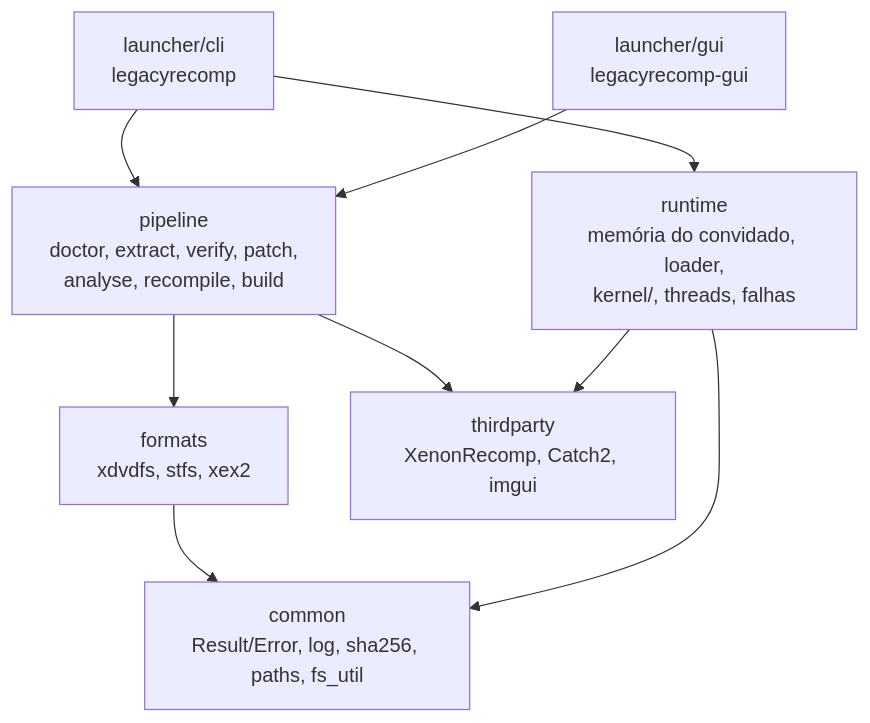
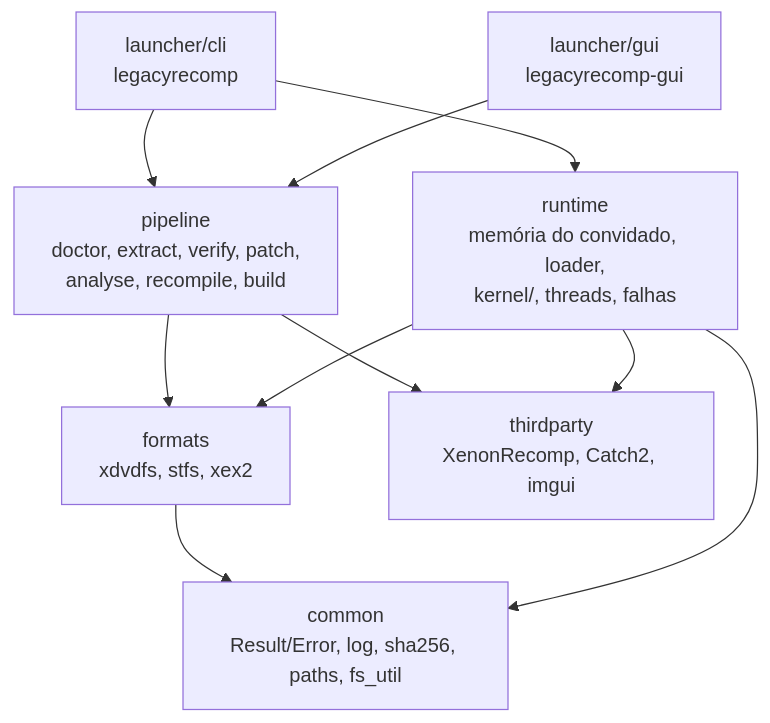
The diagram in docs/architecture.md (KauanDev1/legacy-launcher), drawn with Mermaid before and after one commit. The commit also changed other lines of this file and 29 other files, not shown here.

````diff
--- a/docs/architecture.md
+++ b/docs/architecture.md
@@ -5,18 +5,19 @@
 ```mermaid
 flowchart TD
   cli[launcher/cli<br/>legacyrecomp]
   gui[launcher/gui<br/>legacyrecomp-gui]
   pipeline[pipeline<br/>doctor, extract, verify, patch,<br/>analyse, recompile, build]
   runtime[runtime<br/>memória do convidado, loader,<br/>kernel/, threads, falhas]
   formats[formats<br/>xdvdfs, stfs, xex2]
   common[common<br/>Result/Error, log, sha256, paths, fs_util]
   third[thirdparty<br/>XenonRecomp, Catch2, imgui]
   cli --> pipeline
   gui --> pipeline
   cli --> runtime
   pipeline --> formats
   pipeline --> third
   formats --> common
+  runtime --> formats
   runtime --> common
   runtime --> third
 ```
````
